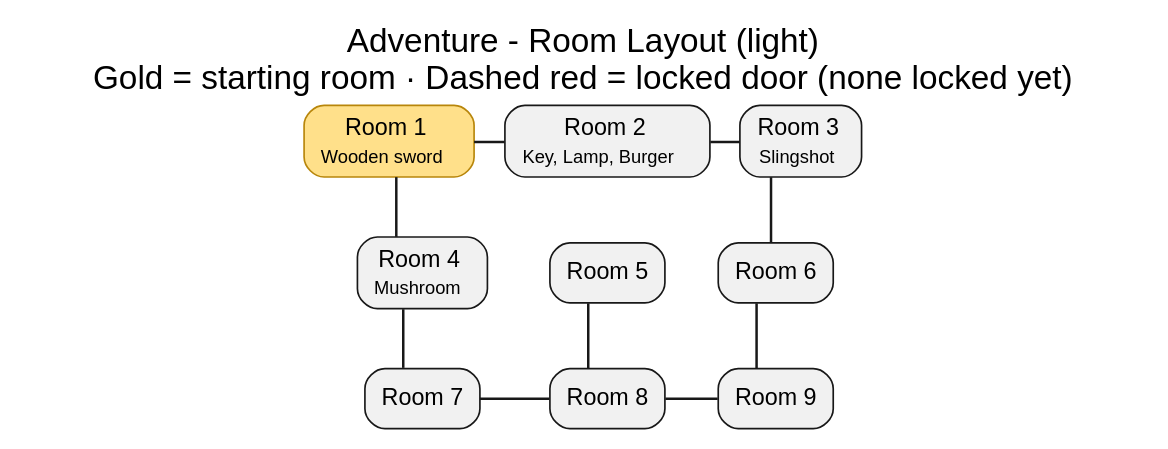
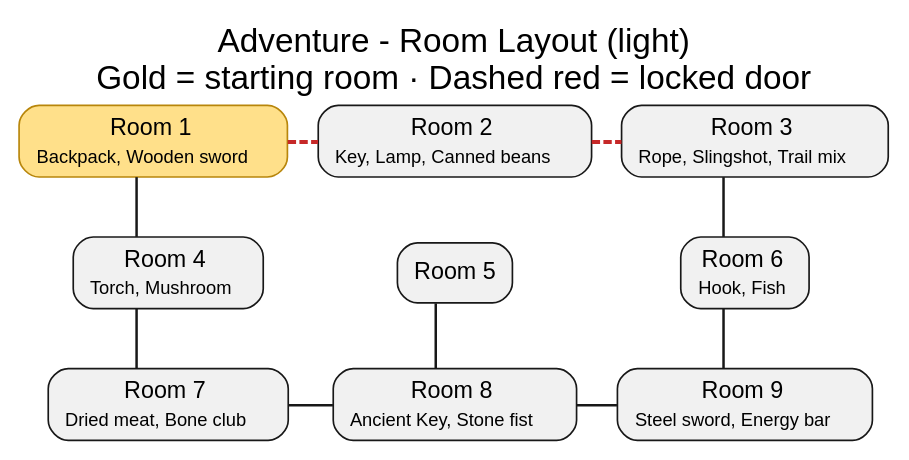
One commit to mwnDK1402/Adventure changed the diagram in docs/room-diagram-light.dot. Above: the diagram before and after it, drawn with Graphviz. The commit also changed 7 other files, not shown here.

Commit message:
Update diagrams for enemies, combat, commands and room lock

```diff
--- a/docs/room-diagram-light.dot
+++ b/docs/room-diagram-light.dot
@@ -1,63 +1,61 @@
 graph Rooms {
-    label = "Adventure - Room Layout (light)\nGold = starting room · Dashed red = locked door (none locked yet)";
+    label = "Adventure - Room Layout (light)\nGold = starting room · Dashed red = locked door";
     labelloc = t;
     fontname = "Helvetica";
     fontsize = 20;
     fontcolor = "#000000";
     bgcolor = "white";
     rankdir = TB;
     splines = ortho;
     node [shape = box, style = "rounded,filled", fontname = "Helvetica", fontsize = 14, fillcolor = "#F1F1F1", color = "#181818", fontcolor = "#000000"];
     edge [color = "#181818", penwidth = 1.5];
 
     { rank = same; r1; r2; r3; }
     { rank = same; r4; r5; r6; }
     { rank = same; r7; r8; r9; }
 
-    r1 [label = <<TABLE BORDER="0" CELLBORDER="0" CELLSPACING="0"><TR><TD>Room 1</TD></TR><TR><TD><FONT POINT-SIZE="11">Wooden sword</FONT></TD></TR></TABLE>>, fillcolor = "#FFE08A", color = "#B8860B"];
-    r2 [label = <<TABLE BORDER="0" CELLBORDER="0" CELLSPACING="0"><TR><TD>Room 2</TD></TR><TR><TD><FONT POINT-SIZE="11">Key, Lamp, Burger</FONT></TD></TR></TABLE>>];
-    r3 [label = <<TABLE BORDER="0" CELLBORDER="0" CELLSPACING="0"><TR><TD>Room 3</TD></TR><TR><TD><FONT POINT-SIZE="11">Slingshot</FONT></TD></TR></TABLE>>];
-    r4 [label = <<TABLE BORDER="0" CELLBORDER="0" CELLSPACING="0"><TR><TD>Room 4</TD></TR><TR><TD><FONT POINT-SIZE="11">Mushroom</FONT></TD></TR></TABLE>>];
+    r1 [label = <<TABLE BORDER="0" CELLBORDER="0" CELLSPACING="0"><TR><TD>Room 1</TD></TR><TR><TD><FONT POINT-SIZE="11">Backpack, Wooden sword</FONT></TD></TR></TABLE>>, fillcolor = "#FFE08A", color = "#B8860B"];
+    r2 [label = <<TABLE BORDER="0" CELLBORDER="0" CELLSPACING="0"><TR><TD>Room 2</TD></TR><TR><TD><FONT POINT-SIZE="11">Key, Lamp, Canned beans</FONT></TD></TR></TABLE>>];
+    r3 [label = <<TABLE BORDER="0" CELLBORDER="0" CELLSPACING="0"><TR><TD>Room 3</TD></TR><TR><TD><FONT POINT-SIZE="11">Rope, Slingshot, Trail mix</FONT></TD></TR></TABLE>>];
+    r4 [label = <<TABLE BORDER="0" CELLBORDER="0" CELLSPACING="0"><TR><TD>Room 4</TD></TR><TR><TD><FONT POINT-SIZE="11">Torch, Mushroom</FONT></TD></TR></TABLE>>];
     r5 [label = "Room 5"];
-    r6 [label = "Room 6"];
-    r7 [label = "Room 7"];
-    r8 [label = "Room 8"];
-    r9 [label = "Room 9"];
+    r6 [label = <<TABLE BORDER="0" CELLBORDER="0" CELLSPACING="0"><TR><TD>Room 6</TD></TR><TR><TD><FONT POINT-SIZE="11">Hook, Fish</FONT></TD></TR></TABLE>>];
+    r7 [label = <<TABLE BORDER="0" CELLBORDER="0" CELLSPACING="0"><TR><TD>Room 7</TD></TR><TR><TD><FONT POINT-SIZE="11">Dried meat, Bone club</FONT></TD></TR></TABLE>>];
+    r8 [label = <<TABLE BORDER="0" CELLBORDER="0" CELLSPACING="0"><TR><TD>Room 8</TD></TR><TR><TD><FONT POINT-SIZE="11">Ancient Key, Stone fist</FONT></TD></TR></TABLE>>];
+    r9 [label = <<TABLE BORDER="0" CELLBORDER="0" CELLSPACING="0"><TR><TD>Room 9</TD></TR><TR><TD><FONT POINT-SIZE="11">Steel sword, Energy bar</FONT></TD></TR></TABLE>>];
 
     // Room connections, mirroring Map.buildMap():
     //   room2.setWestEast(room1, room2)   -> r1 -- r2
     //   room1.setNorthSouth(room1, room4) -> r1 -- r4
     //   room3.setWestEast(room2, room3)   -> r2 -- r3
     //   room3.setNorthSouth(room3, room6) -> r3 -- r6
     //   room4.setNorthSouth(room4, room7) -> r4 -- r7
     //   room7.setWestEast(room7, room8)   -> r7 -- r8
     //   room5.setNorthSouth(room5, room8) -> r5 -- r8
     //   room8.setWestEast(room8, room9)   -> r8 -- r9
     //   room6.setNorthSouth(room6, room9) -> r6 -- r9
-    r1 -- r2;
-    r2 -- r3;
+    // Locked doors: Map.buildMap() calls `room2.setLock(true)`, so Room 2 is
+    // locked and both edges leading to it are drawn dashed red. Note that
+    // Room.lock is per-room, not per-direction, so the lock blocks BOTH
+    // approaches to Room 2, not just the one from Room 1.
+    r1 -- r2 [color = "#C62828", style = "dashed", penwidth = 2.5];
+    r2 -- r3 [color = "#C62828", style = "dashed", penwidth = 2.5];
     r3 -- r6;
     r1 -- r4;
     r4 -- r7;
     r7 -- r8;
     r8 -- r9;
     r5 -- r8;
     r6 -- r9;
-
-    // Locked doors: none active. Map.buildMap() keeps `room2.setLock(true)`
-    // commented out. Note that Room.lock is per-room, not per-direction, so
-    // enabling it blocks BOTH approaches to Room 2, not just the one from Room 1:
-    //   r1 -- r2 [color = "#C62828", style = "dashed", penwidth = 2.5];
-    //   r2 -- r3 [color = "#C62828", style = "dashed", penwidth = 2.5];
 
     // Invisible edges, used only to hold the grid layout
     edge [style = invis, color = "white"];
     r1 -- r4;
     r4 -- r7;
     r2 -- r5;
     r5 -- r8;
     r3 -- r6;
     r6 -- r9;
     r4 -- r5;
     r5 -- r6;
 }
```
